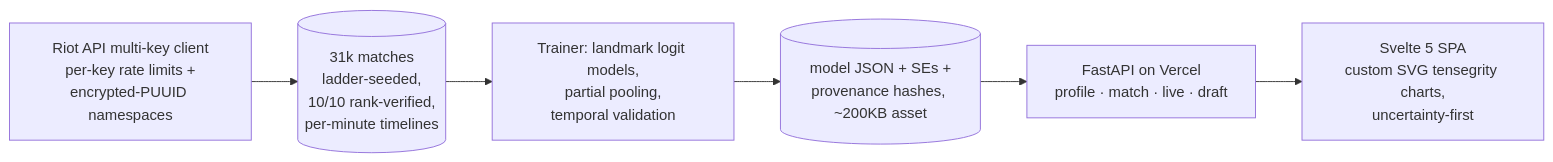
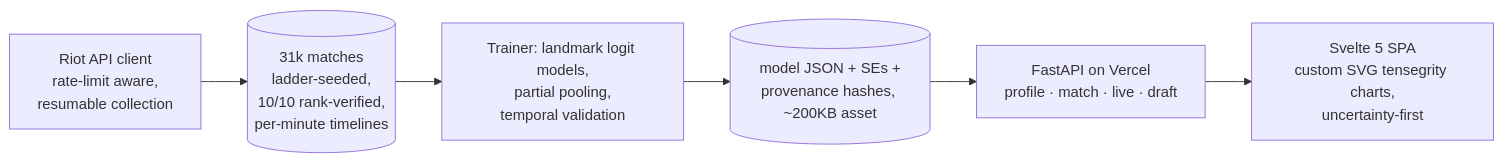
One commit to Felichz/LoL-Impact changed the diagram in README.md. Above: the diagram before and after it, drawn with Mermaid. The commit also changed other lines of this file, not shown here.

Commit message:
docs(readme): drop multi-key setup, production uses a single RIOT_API_KEY

````diff
--- a/README.md
+++ b/README.md
@@ -35,8 +35,8 @@
 ```mermaid
 flowchart LR
-  A[Riot API multi-key client<br/>per-key rate limits +<br/>encrypted-PUUID namespaces] --> B[(31k matches<br/>ladder-seeded,<br/>10/10 rank-verified,<br/>per-minute timelines)]
+  A[Riot API client<br/>rate-limit aware,<br/>resumable collection] --> B[(31k matches<br/>ladder-seeded,<br/>10/10 rank-verified,<br/>per-minute timelines)]
   B --> C[Trainer: landmark logit models,<br/>partial pooling,<br/>temporal validation]
   C --> D[(model JSON + SEs +<br/>provenance hashes, ~200KB asset)]
   D --> E[FastAPI on Vercel<br/>profile · match · live · draft]
   E --> F[Svelte 5 SPA<br/>custom SVG tensegrity charts,<br/>uncertainty-first]
 ```
````
